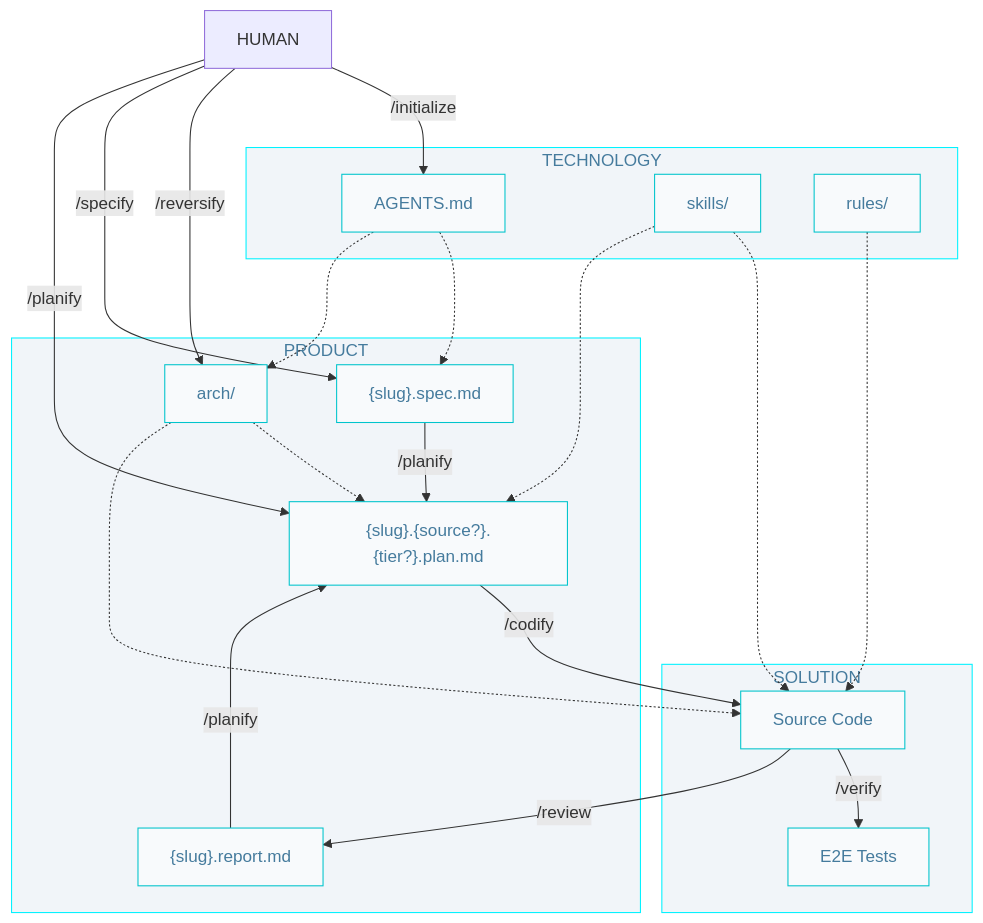
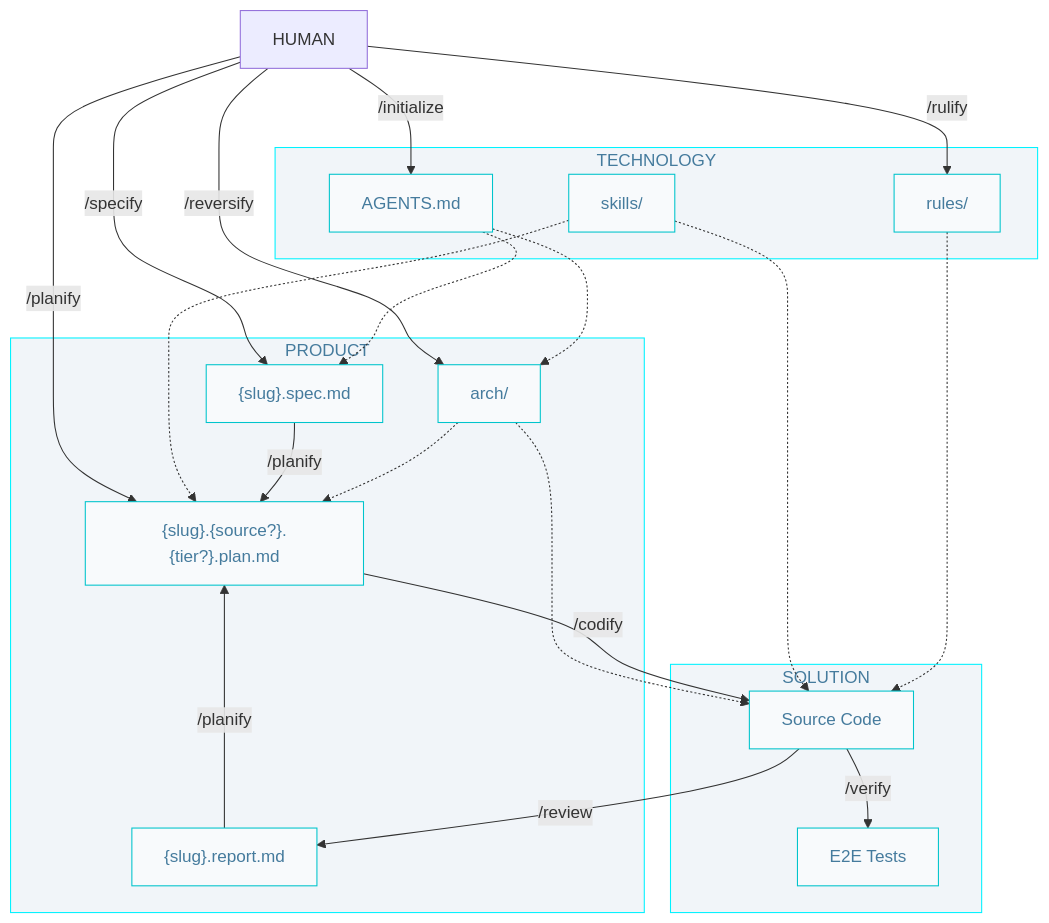
Before and after one commit to AIDDbot/AIDDbot: the diagram in docs/AIDD.workflow.md, drawn with Mermaid. The commit also changed other lines of this file and 8 other files, not shown here.

````diff
--- a/docs/AIDD.workflow.md
+++ b/docs/AIDD.workflow.md
@@ -3,43 +3,44 @@
 ```mermaid
 flowchart TD
   classDef nd fill:#f8fafc,stroke:#00c4cc,color:#457b9d
   classDef sg fill:#f1f5f9,stroke:#00f2ff,color:#457b9d 
 
   HUM[HUMAN]
 
   subgraph P["PRODUCT"]
       SPC["{slug}.spec.md"]:::nd
       PLN["{slug}.{source?}.{tier?}.plan.md"]:::nd
       RPT["{slug}.report.md"]:::nd
       ARCH["arch/"]:::nd
   end
 
   subgraph T["TECHNOLOGY"]
       AGT["AGENTS.md"]:::nd
       SKL["skills/"]:::nd
       RUL["rules/"]:::nd
   end  
 
   subgraph S["SOLUTION"]
       COD[Source Code]:::nd
       E2E["E2E Tests"]:::nd
   end
 
   HUM -->|/initialize| AGT
   HUM -->|/reversify| ARCH
+  HUM -->|/rulify| RUL
   HUM -->|/specify| SPC
   HUM -->|/planify| PLN
   RPT -->|/planify| PLN
   AGT -.-> SPC  
   AGT -.-> ARCH
   SKL & RUL -.-> COD  
   SKL -.-> PLN
   SPC -->|/planify| PLN
   ARCH -.-> PLN
   ARCH -.-> COD
   PLN -->|/codify| COD
   COD -->|/verify| E2E
   COD -->|/review| RPT
 
   class P,T,S sg
 ```
````
